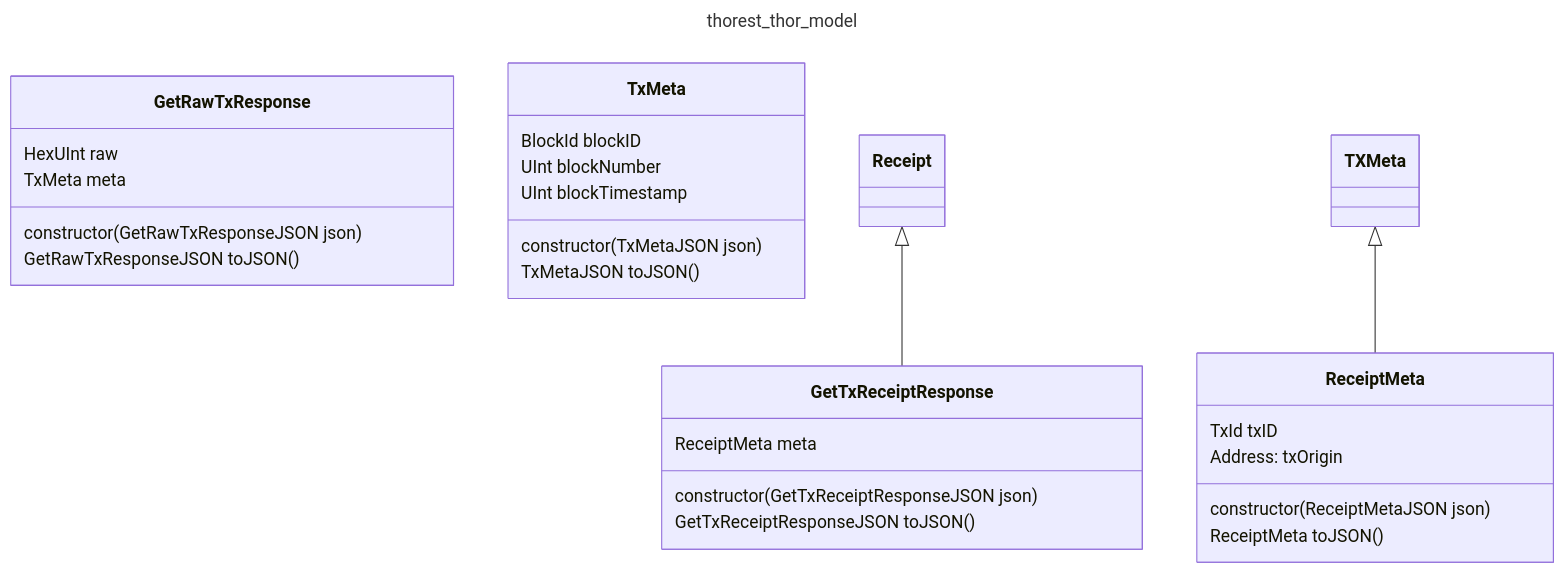
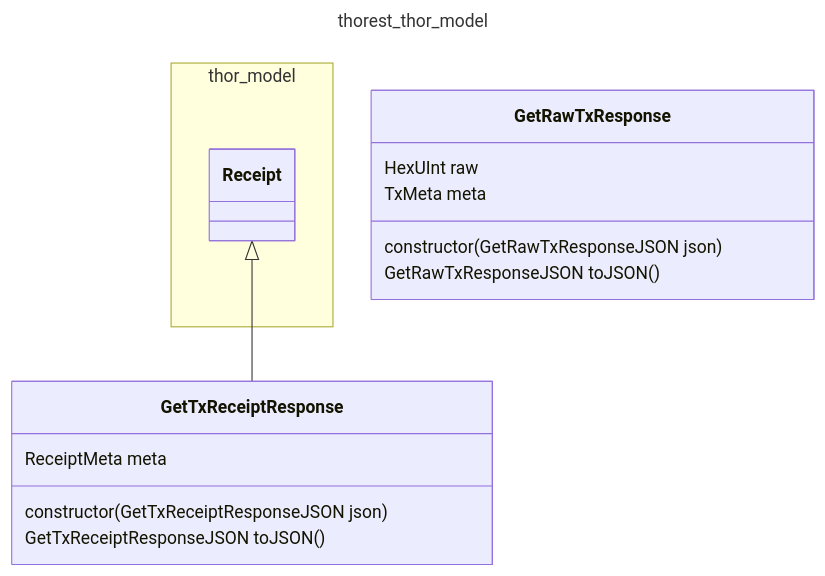
The diagram in docs/thorest/thor/transactions/transactions.mmd (vechain/vechain-sdk-js), drawn with Mermaid before and after one commit. The commit also changed 10 other files, not shown here.

```diff
--- a/docs/thorest/thor/transactions/transactions.mmd
+++ b/docs/thorest/thor/transactions/transactions.mmd
@@ -1,30 +1,19 @@
 ---
 title: thorest_thor_model
 ---
 classDiagram
+    namespace thor_model {
+        class Receipt
+    }
     class GetRawTxResponse {
         HexUInt raw
         TxMeta meta
         constructor(GetRawTxResponseJSON json)
         GetRawTxResponseJSON toJSON()
     }
     class GetTxReceiptResponse {
         ReceiptMeta meta
         constructor(GetTxReceiptResponseJSON json)
         GetTxReceiptResponseJSON toJSON()
     }
-    class ReceiptMeta {
-        TxId txID
-        Address: txOrigin
-        constructor(ReceiptMetaJSON json)
-        ReceiptMeta toJSON()
-    }
-    class TxMeta {
-        BlockId blockID
-        UInt blockNumber
-        UInt blockTimestamp
-        constructor(TxMetaJSON json)
-        TxMetaJSON toJSON()
-    }
     Receipt <|-- GetTxReceiptResponse
-    TXMeta <|-- ReceiptMeta
```
